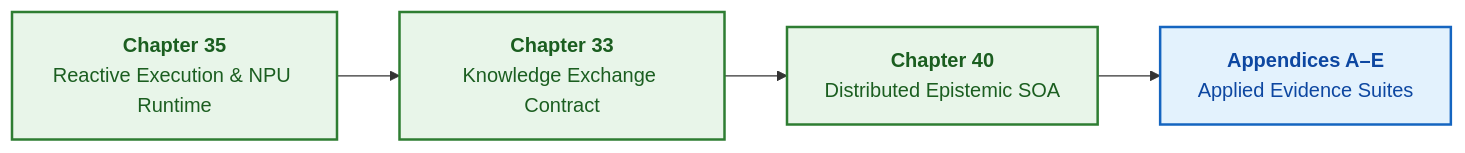
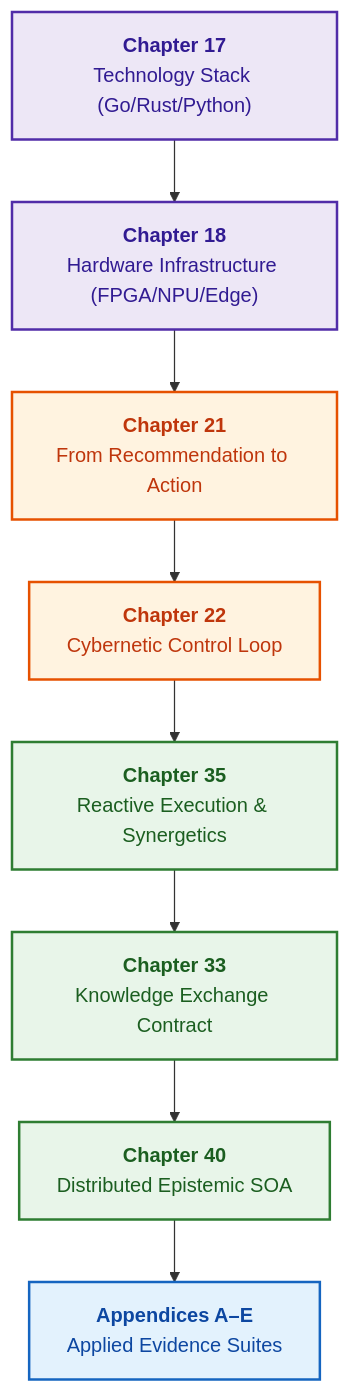
The diagram in ExpertSystem/translations/en/part-07-runtime-and-knowledge-exchange.md (nick-fedchik/articles), drawn with Mermaid before and after one commit. The commit also changed other lines of this file and 174 other files, not shown here.

````diff
--- a/ExpertSystem/translations/en/part-07-runtime-and-knowledge-exchange.md
+++ b/ExpertSystem/translations/en/part-07-runtime-and-knowledge-exchange.md
@@ -19,14 +19,22 @@
 ```mermaid
-flowchart LR
-    accTitle: Reactive Execution, Federation, and Distributed SOA of Part VII
-    accDescr: Event-driven execution and synergetics of knowledge, cross-system rule exchange, and scaling into distributed epistemic SOA.
+flowchart TD
+    accTitle: Implementation, Cybernetic Execution, and Distributed SOA of Part VII
+    accDescr: Technology stack, hardware accelerators, action authorization, cybernetic feedback, reactive execution, knowledge exchange, and distributed epistemic SOA.
 
-    REACT["<b>Chapter 35</b><br/>Reactive Execution & NPU Runtime"] --> EXPORT["<b>Chapter 33</b><br/>Knowledge Exchange Contract"]
+    CH17["<b>Chapter 17</b><br/>Technology Stack (Go/Rust/Python)"] --> CH18["<b>Chapter 18</b><br/>Hardware Infrastructure (FPGA/NPU/Edge)"]
+    CH18 --> CH21["<b>Chapter 21</b><br/>From Recommendation to Action"]
+    CH21 --> CH22["<b>Chapter 22</b><br/>Cybernetic Control Loop"]
+    CH22 --> REACT["<b>Chapter 35</b><br/>Reactive Execution & Synergetics"]
+    REACT --> EXPORT["<b>Chapter 33</b><br/>Knowledge Exchange Contract"]
     EXPORT --> DISTR["<b>Chapter 40</b><br/>Distributed Epistemic SOA"]
     DISTR --> APPS["<b>Appendices A–E</b><br/>Applied Evidence Suites"]
 
+    classDef impl fill:#ede7f6,stroke:#512da8,stroke-width:2px,color:#311b92;
+    classDef act fill:#fff3e0,stroke:#e65100,stroke-width:2px,color:#bf360c;
     classDef nodeStyle fill:#e8f5e9,stroke:#2e7d32,stroke-width:2px,color:#1b5e20;
     classDef appStyle fill:#e3f2fd,stroke:#1565c0,stroke-width:2px,color:#0d47a1;
+    class CH17,CH18 impl;
+    class CH21,CH22 act;
     class REACT,EXPORT,DISTR nodeStyle;
     class APPS appStyle;
 ```
````
